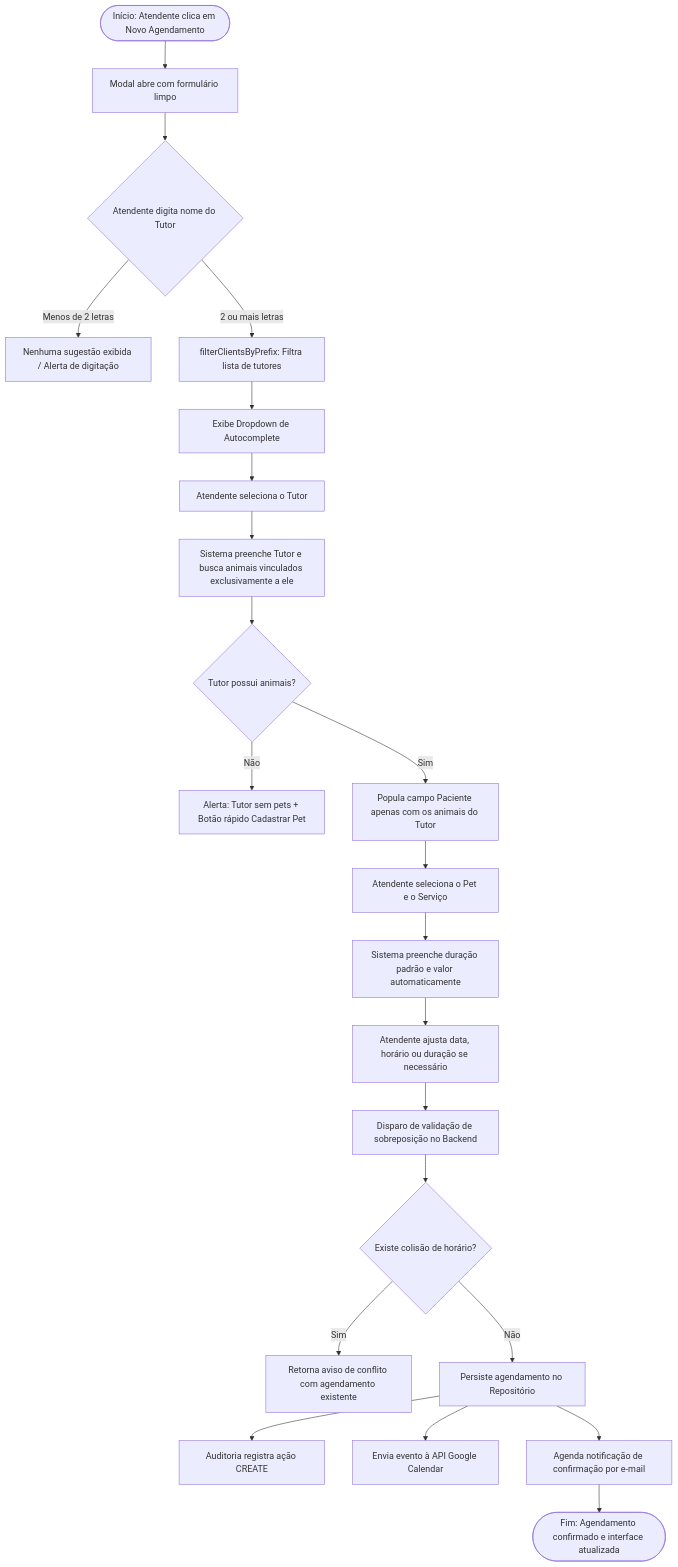
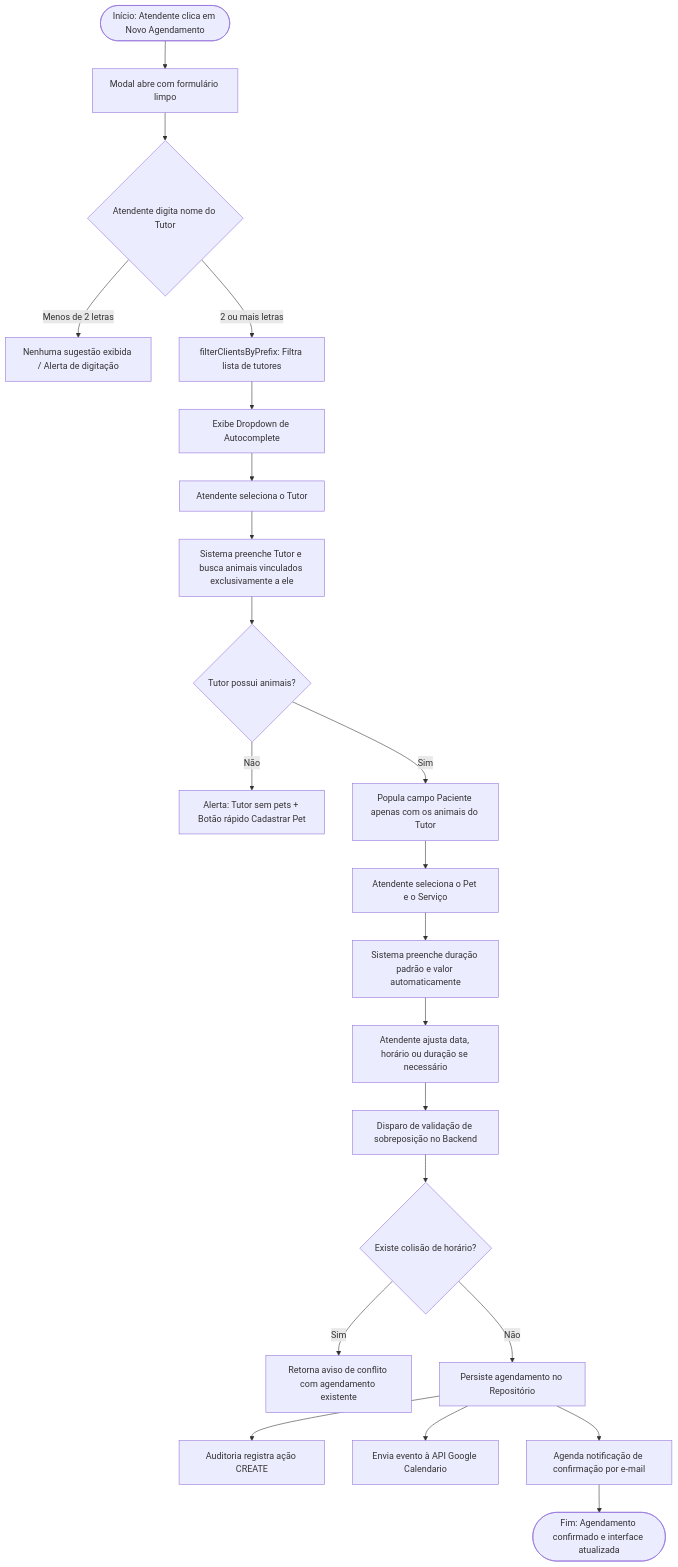
One commit to ArthurTorresDev/VetCare changed the fourth of 5 diagrams in docs/ARCHITECTURE.md. Above: the diagram before and after it, drawn with Mermaid. The commit also changed other lines of this file and 22 other files, not shown here.

Commit message:
Aprimora a autenticação, o gerenciamento de feriados e agendamentos, atualiza componentes da interface e remove integrações com o Google Calendar.

````diff
--- a/docs/ARCHITECTURE.md
+++ b/docs/ARCHITECTURE.md
@@ -166,24 +166,24 @@
 ```mermaid
 flowchart TD
     A([Início: Atendente clica em Novo Agendamento]) --> B[Modal abre com formulário limpo]
     B --> C{Atendente digita nome do Tutor}
     C -- "Menos de 2 letras" --> D[Nenhuma sugestão exibida / Alerta de digitação]
     C -- "2 ou mais letras" --> E[filterClientsByPrefix: Filtra lista de tutores]
     E --> F[Exibe Dropdown de Autocomplete]
     F --> G[Atendente seleciona o Tutor]
     G --> H[Sistema preenche Tutor e busca animais vinculados exclusivamente a ele]
     H --> I{Tutor possui animais?}
     I -- Não --> J[Alerta: Tutor sem pets + Botão rápido Cadastrar Pet]
     I -- Sim --> K[Popula campo Paciente apenas com os animais do Tutor]
     K --> L[Atendente seleciona o Pet e o Serviço]
     L --> M[Sistema preenche duração padrão e valor automaticamente]
     M --> N[Atendente ajusta data, horário ou duração se necessário]
     N --> O[Disparo de validação de sobreposição no Backend]
     O --> P{Existe colisão de horário?}
     P -- Sim --> Q[Retorna aviso de conflito com agendamento existente]
     P -- Não --> R[Persiste agendamento no Repositório]
     R --> S[Auditoria registra ação CREATE]
-    R --> T[Envia evento à API Google Calendar]
+    R --> T[Envia evento à API Google Calendario]
     R --> U[Agenda notificação de confirmação por e-mail]
     U --> V([Fim: Agendamento confirmado e interface atualizada])
 ```
````
